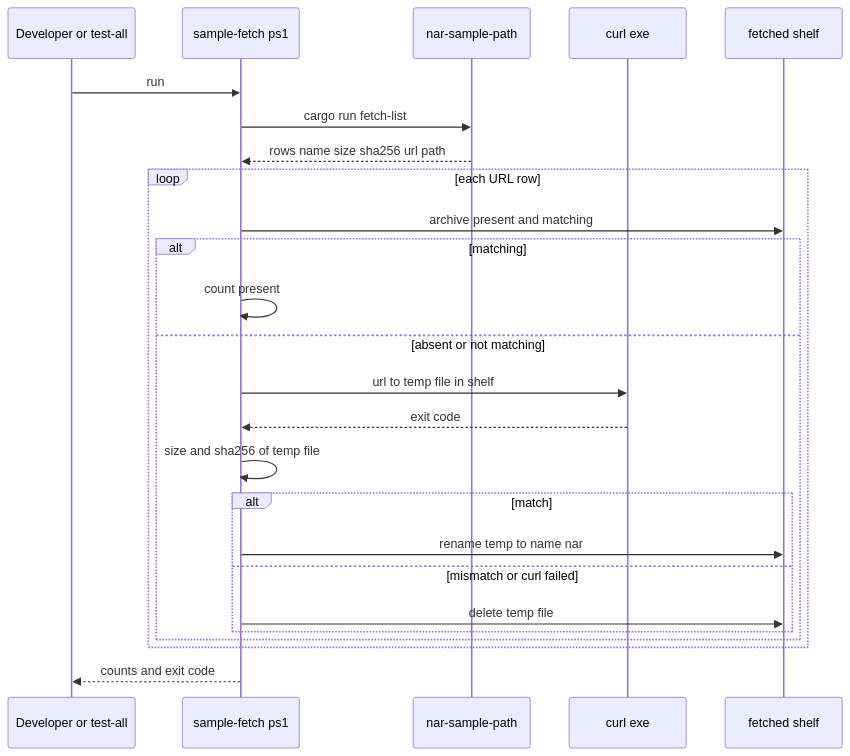
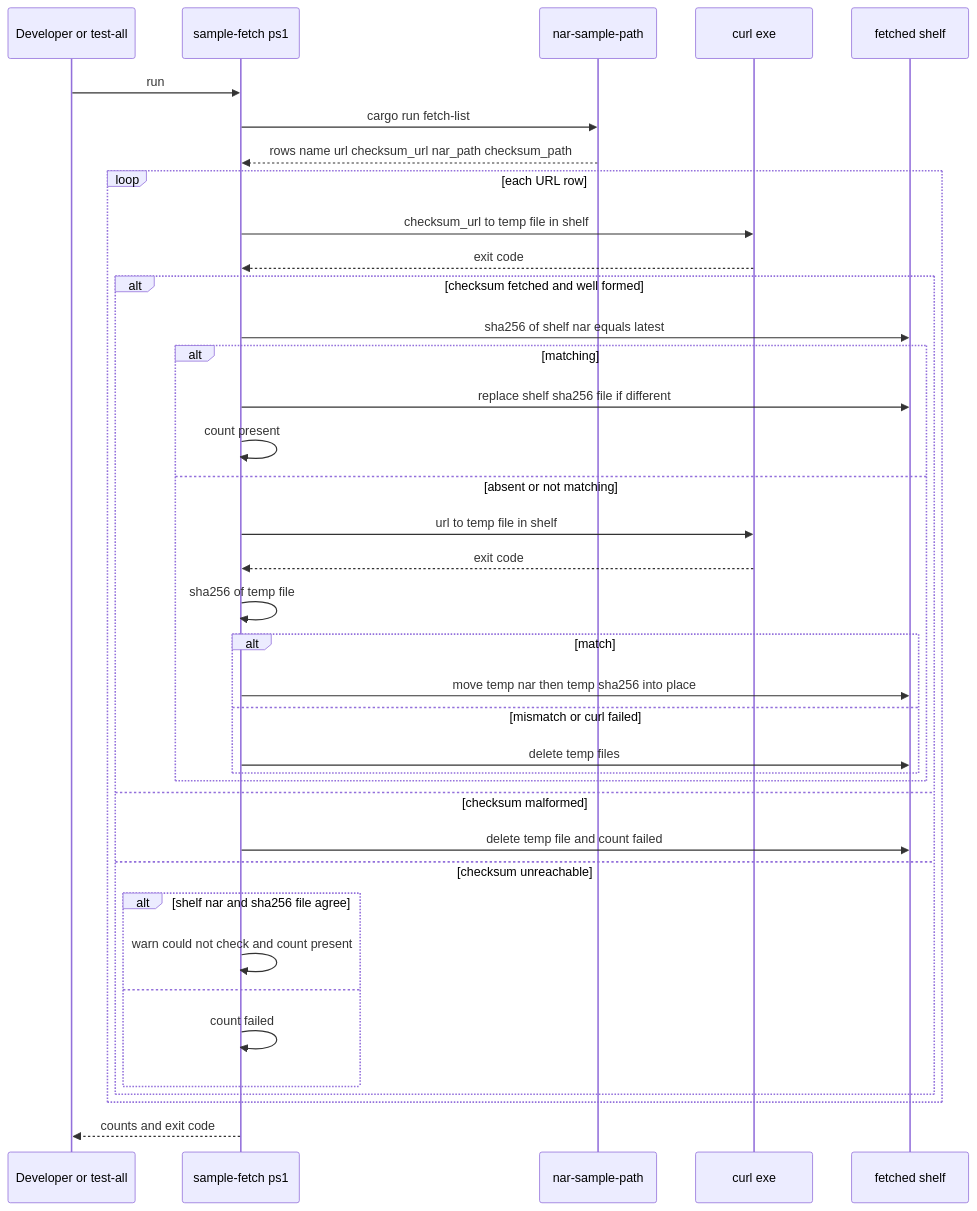
One commit to ekicyou/areka changed the third of 3 diagrams in .kiro/specs/areka-P0-sample-url-fetch/design.md. Above: the diagram before and after it, drawn with Mermaid. The commit also changed other lines of this file and 2 other files, not shown here.

Commit message:
docs(areka-P0-sample-url-fetch): verify against the published .sha256 and follow the latest archive (ruling 2)

````diff
--- a/.kiro/specs/areka-P0-sample-url-fetch/design.md
+++ b/.kiro/specs/areka-P0-sample-url-fetch/design.md
@@ -171,27 +175,40 @@
 ```mermaid
 sequenceDiagram
     participant Dev as Developer or test-all
     participant Script as sample-fetch ps1
     participant Bin as nar-sample-path
     participant Curl as curl exe
     participant Shelf as fetched shelf
     Dev->>Script: run
     Script->>Bin: cargo run fetch-list
-    Bin-->>Script: rows name size sha256 url path
+    Bin-->>Script: rows name url checksum_url nar_path checksum_path
     loop each URL row
-        Script->>Shelf: archive present and matching
-        alt matching
-            Script->>Script: count present
-        else absent or not matching
-            Script->>Curl: url to temp file in shelf
-            Curl-->>Script: exit code
-            Script->>Script: size and sha256 of temp file
-            alt match
-                Script->>Shelf: rename temp to name nar
-            else mismatch or curl failed
-                Script->>Shelf: delete temp file
+        Script->>Curl: checksum_url to temp file in shelf
+        Curl-->>Script: exit code
+        alt checksum fetched and well formed
+            Script->>Shelf: sha256 of shelf nar equals latest
+            alt matching
+                Script->>Shelf: replace shelf sha256 file if different
+                Script->>Script: count present
+            else absent or not matching
+                Script->>Curl: url to temp file in shelf
+                Curl-->>Script: exit code
+                Script->>Script: sha256 of temp file
+                alt match
+                    Script->>Shelf: move temp nar then temp sha256 into place
+                else mismatch or curl failed
+                    Script->>Shelf: delete temp files
+                end
+            end
+        else checksum malformed
+            Script->>Shelf: delete temp file and count failed
+        else checksum unreachable
+            alt shelf nar and sha256 file agree
+                Script->>Script: warn could not check and count present
+            else
+                Script->>Script: count failed
             end
         end
     end
     Script-->>Dev: counts and exit code
 ```
````
